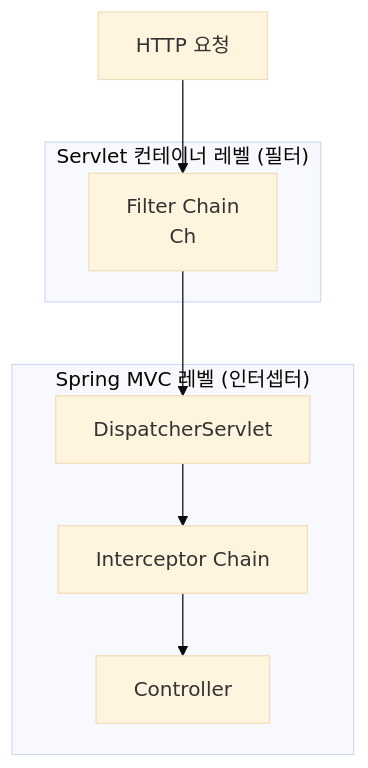
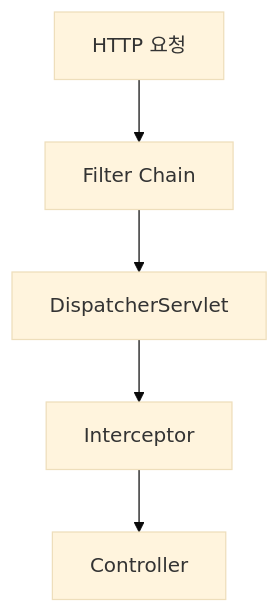
One commit to yjkim2015/yjkim2015.github.io changed the fifth of 6 diagrams in _posts/spring/2026-05-01-spring-mvc.md. Above: the diagram before and after it, drawn with Mermaid (base theme). The commit also changed 155 other files, not shown here.

First line of the commit message:
Mermaid 전면 수정: subgraph 제거, participant/노드/줄수 축소 (342블록)

````diff
--- a/_posts/spring/2026-05-01-spring-mvc.md
+++ b/_posts/spring/2026-05-01-spring-mvc.md
@@ -194,12 +194,7 @@
 ```mermaid
 graph TD
-    A["HTTP 요청"] --> B
-    subgraph "Servlet 컨테이너 레벨 (필터)"
-        B["Filter Chain<br>Ch"]
-    end
+    A["HTTP 요청"] --> B["Filter Chain"]
     B --> C["DispatcherServlet"]
-    subgraph "Spring MVC 레벨 (인터셉터)"
-        C --> D["Interceptor Chain"]
-        D --> E["Controller"]
-    end
+    C --> D["Interceptor"]
+    D --> E["Controller"]
 ```
````
